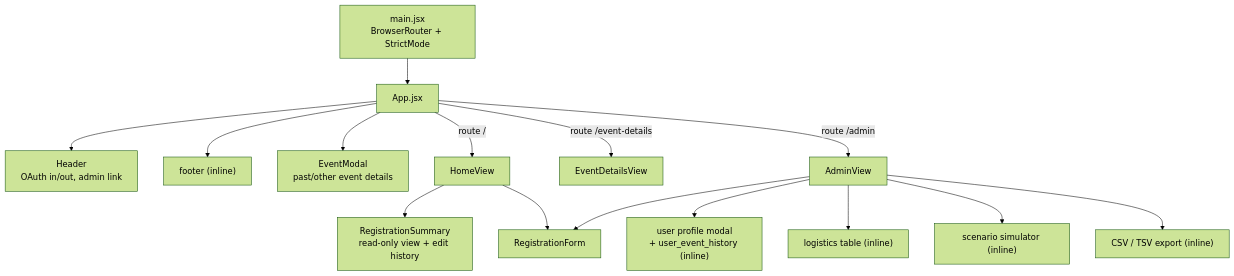
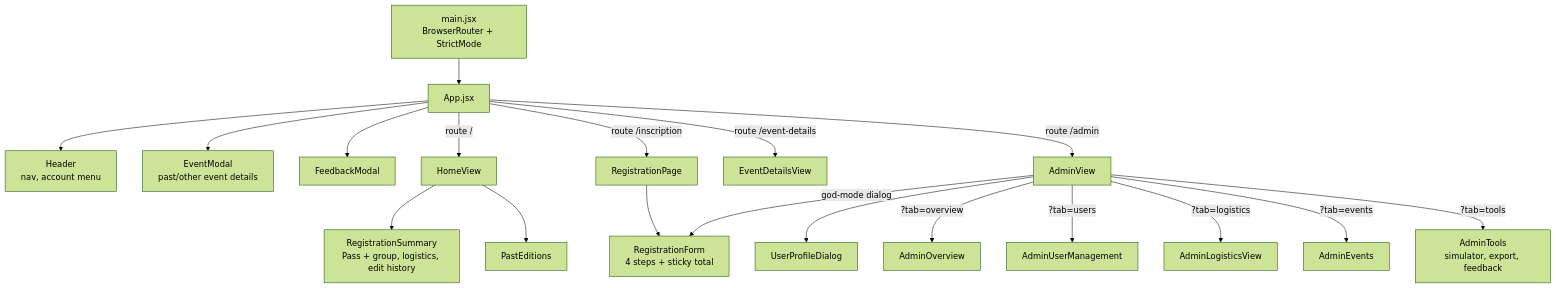
The first of 2 diagrams in docs/05-frontend-guide.md (YULmix/yulmix-la-bedaine), drawn with Mermaid (forest theme) before and after one commit. The commit also changed other lines of this file and 48 other files, not shown here.

````diff
--- a/docs/05-frontend-guide.md
+++ b/docs/05-frontend-guide.md
@@ -23,18 +25,22 @@
 ```mermaid
 flowchart TD
   MAIN["main.jsx<br/>BrowserRouter + StrictMode"] --> APP["App.jsx"]
-  APP --> HEADER["Header<br/>OAuth in/out, admin link"]
-  APP --> FOOTER["footer (inline)"]
+  APP --> HEADER["Header<br/>nav, account menu"]
   APP --> MODAL["EventModal<br/>past/other event details"]
+  APP --> FEEDBACK["FeedbackModal"]
   APP -->|route /| HOME["HomeView"]
+  APP -->|route /inscription| REGPAGE["RegistrationPage"]
   APP -->|route /event-details| DETAILS["EventDetailsView"]
   APP -->|route /admin| ADMIN["AdminView"]
 
-  HOME --> SUMMARY["RegistrationSummary<br/>read-only view + edit history"]
-  HOME --> FORM["RegistrationForm"]
-  ADMIN --> FORM
-  ADMIN --> PROFILEMODAL["user profile modal<br/>+ user_event_history (inline)"]
-  ADMIN --> LOGISTICS["logistics table (inline)"]
-  ADMIN --> SIM["scenario simulator (inline)"]
-  ADMIN --> EXPORT["CSV / TSV export (inline)"]
+  HOME --> SUMMARY["RegistrationSummary<br/>Pass + group, logistics, edit history"]
+  HOME --> PAST["PastEditions"]
+  REGPAGE --> FORM["RegistrationForm<br/>4 steps + sticky total"]
+  ADMIN -->|"god-mode dialog"| FORM
+  ADMIN --> PROFILE["UserProfileDialog"]
+  ADMIN -->|"?tab=overview"| OVERVIEW["AdminOverview"]
+  ADMIN -->|"?tab=users"| USERS["AdminUserManagement"]
+  ADMIN -->|"?tab=logistics"| LOGISTICS["AdminLogisticsView"]
+  ADMIN -->|"?tab=events"| EVENTS["AdminEvents"]
+  ADMIN -->|"?tab=tools"| TOOLS["AdminTools<br/>simulator, export, feedback"]
 ```
````
